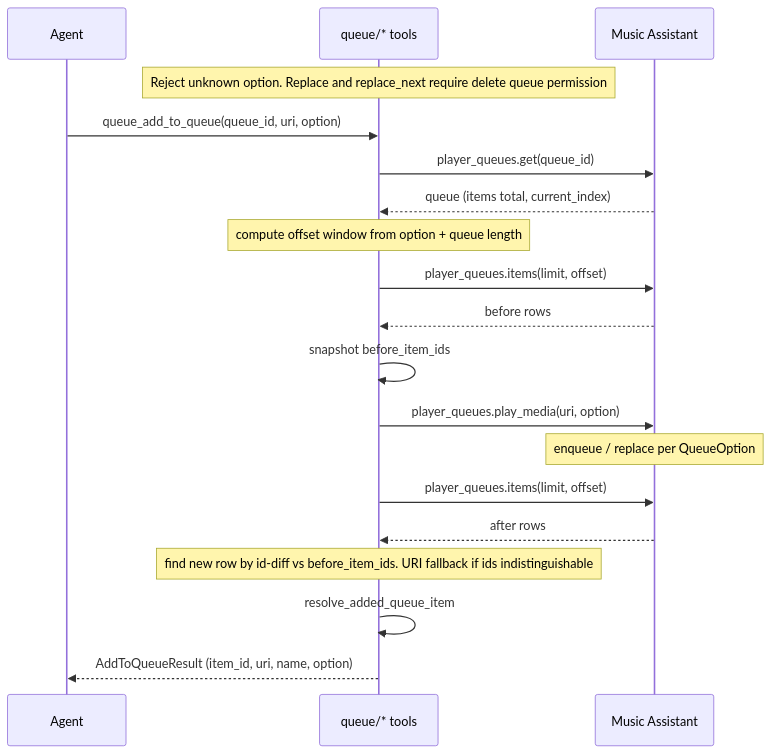
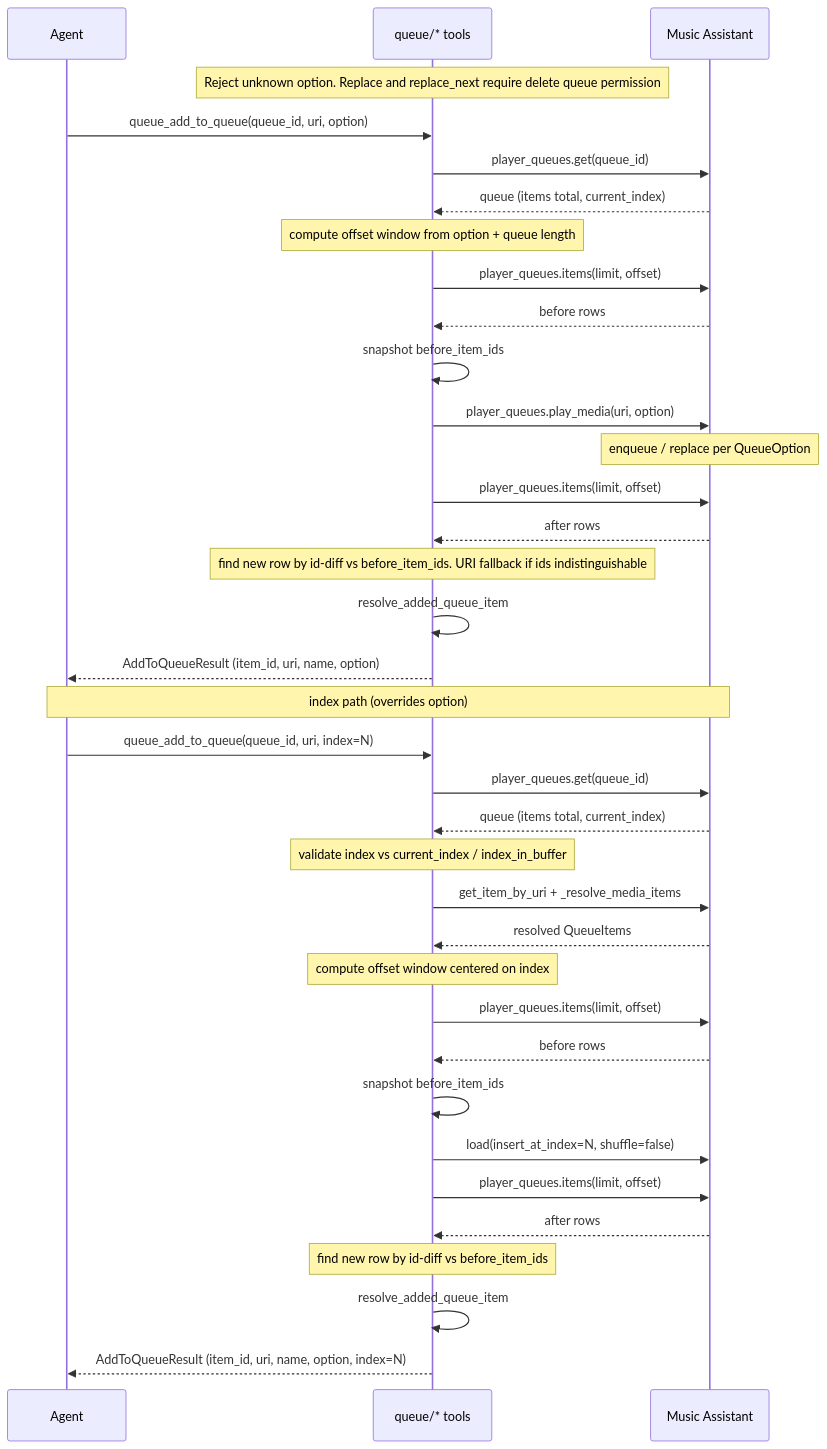
One commit to steamEngineer/ma-provider-mcp changed the diagram in specs/inprogress/0012-add-to-queue.md. Above: the diagram before and after it, drawn with Mermaid. The commit also changed other lines of this file and 3 other files, not shown here.

First line of the commit message:
feat: add optional index param to queue_add_to_queue

````diff
--- a/specs/inprogress/0012-add-to-queue.md
+++ b/specs/inprogress/0012-add-to-queue.md
@@ -52,22 +62,40 @@
 ```mermaid
 sequenceDiagram
     participant Agent
     participant Queue as queue/* tools
     participant MA as Music Assistant
 
     Note over Queue: Reject unknown option. Replace and replace_next require delete queue permission
     Agent->>Queue: queue_add_to_queue(queue_id, uri, option)
     Queue->>MA: player_queues.get(queue_id)
     MA-->>Queue: queue (items total, current_index)
     Note over Queue: compute offset window from option + queue length
     Queue->>MA: player_queues.items(limit, offset)
     MA-->>Queue: before rows
     Queue->>Queue: snapshot before_item_ids
     Queue->>MA: player_queues.play_media(uri, option)
     Note over MA: enqueue / replace per QueueOption
     Queue->>MA: player_queues.items(limit, offset)
     MA-->>Queue: after rows
     Note over Queue: find new row by id-diff vs before_item_ids. URI fallback if ids indistinguishable
     Queue->>Queue: resolve_added_queue_item
     Queue-->>Agent: AddToQueueResult (item_id, uri, name, option)
+
+    Note over Agent,MA: index path (overrides option)
+    Agent->>Queue: queue_add_to_queue(queue_id, uri, index=N)
+    Queue->>MA: player_queues.get(queue_id)
+    MA-->>Queue: queue (items total, current_index)
+    Note over Queue: validate index vs current_index / index_in_buffer
+    Queue->>MA: get_item_by_uri + _resolve_media_items
+    MA-->>Queue: resolved QueueItems
+    Note over Queue: compute offset window centered on index
+    Queue->>MA: player_queues.items(limit, offset)
+    MA-->>Queue: before rows
+    Queue->>Queue: snapshot before_item_ids
+    Queue->>MA: load(insert_at_index=N, shuffle=false)
+    Queue->>MA: player_queues.items(limit, offset)
+    MA-->>Queue: after rows
+    Note over Queue: find new row by id-diff vs before_item_ids
+    Queue->>Queue: resolve_added_queue_item
+    Queue-->>Agent: AddToQueueResult (item_id, uri, name, option, index=N)
 ```
````
